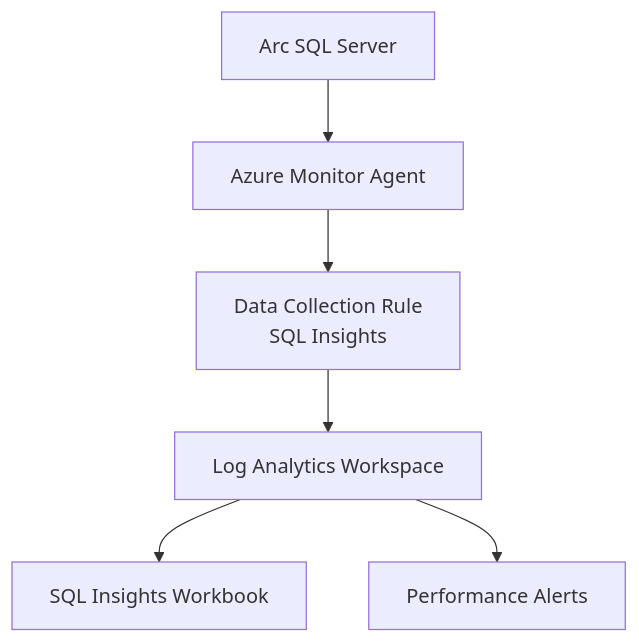
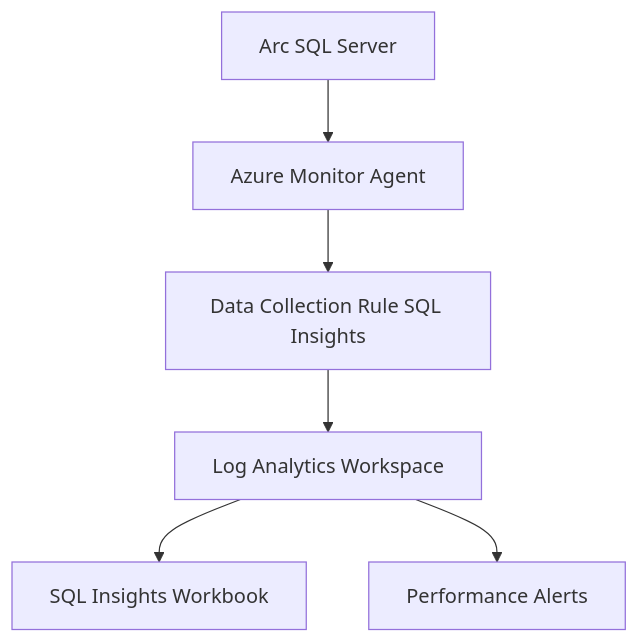
One commit to SoniiiT/notes-n-docs changed the fifth of 7 diagrams in Microsoft 365/Azure/Arc/Arc-fähige SQL Server.md. Above: the diagram before and after it, drawn with Mermaid. The commit also changed other lines of this file and 124 other files, not shown here.

First line of the commit message:
fix: Entferne \n aus allen Mermaid-Diagrammen (125 Dateien)

````diff
--- a/Microsoft 365/Azure/Arc/Arc-fähige SQL Server.md
+++ b/Microsoft 365/Azure/Arc/Arc-fähige SQL Server.md
@@ -247,15 +247,15 @@
 ```mermaid
 graph TD
     SQL[Arc SQL Server]
     AMA[Azure Monitor Agent]
-    DCR[Data Collection Rule\nSQL Insights]
+    DCR[Data Collection Rule SQL Insights]
     LAW[Log Analytics Workspace]
     WORKBOOK[SQL Insights Workbook]
     ALERT[Performance Alerts]
 
     SQL --> AMA
     AMA --> DCR
     DCR --> LAW
     LAW --> WORKBOOK
     LAW --> ALERT
 ```
````
